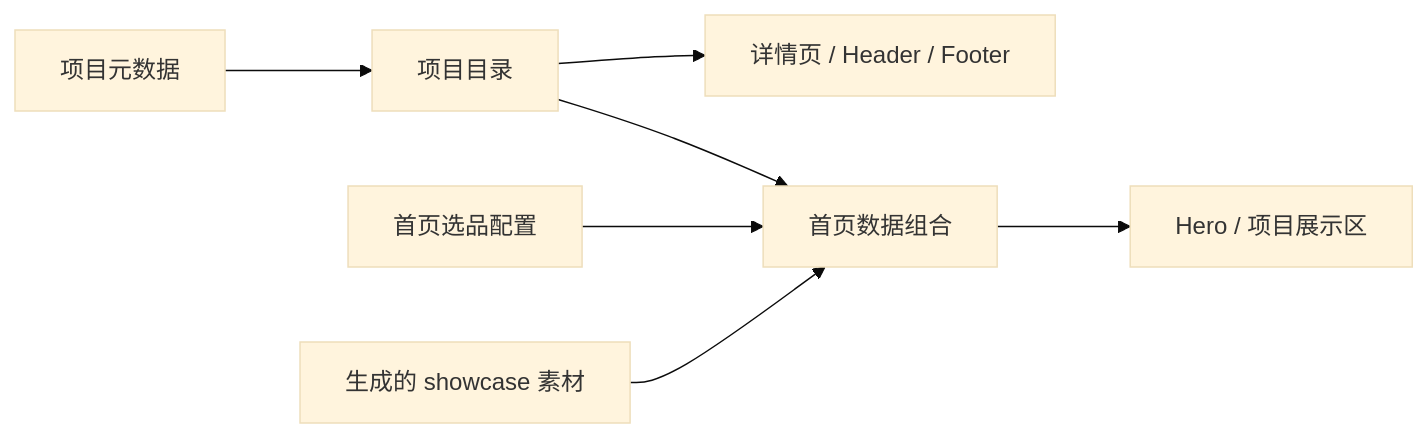
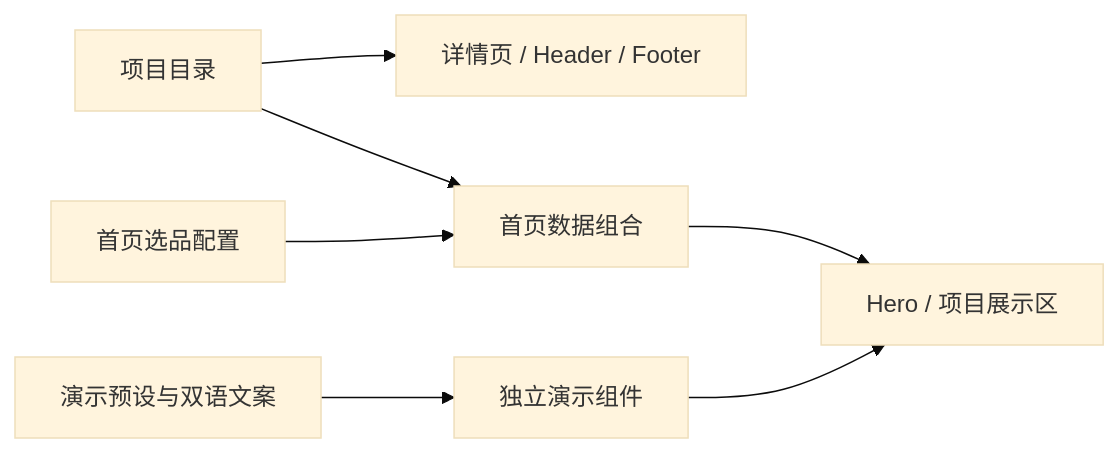
The diagram in docs/architecture/homepage.md (sonofmagic/weapp.dev), drawn with Mermaid (base theme) before and after one commit. The commit also changed other lines of this file and 30 other files, not shown here.

````diff
--- a/docs/architecture/homepage.md
+++ b/docs/architecture/homepage.md
@@ -22,9 +16,9 @@
 ```mermaid
 flowchart LR
-  P[项目元数据] --> C[项目目录]
-  C --> D[详情页 / Header / Footer]
-  C --> H[首页数据组合]
+  P[项目目录] --> D[详情页 / Header / Footer]
+  P --> H[首页数据组合]
   E[首页选品配置] --> H
-  S[生成的 showcase 素材] --> H
   H --> R[Hero / 项目展示区]
+  S[演示预设与双语文案] --> C[独立演示组件]
+  C --> R
 ```
````
